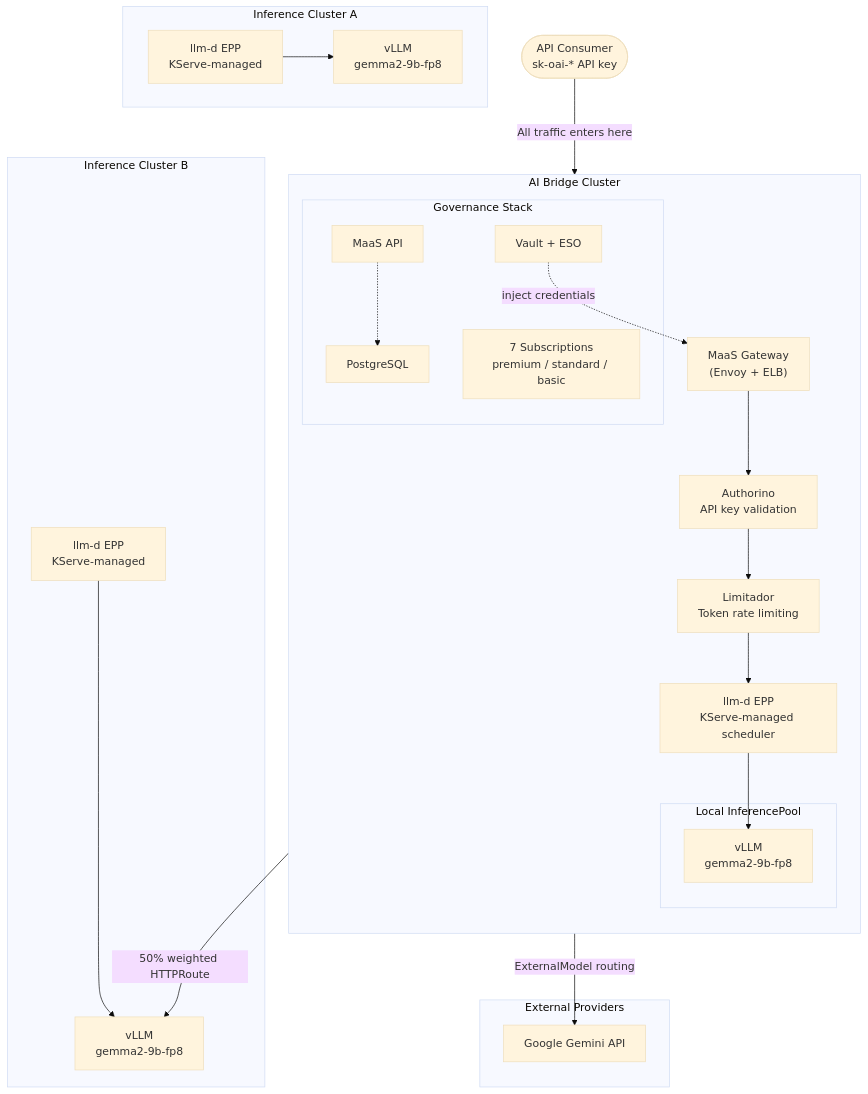
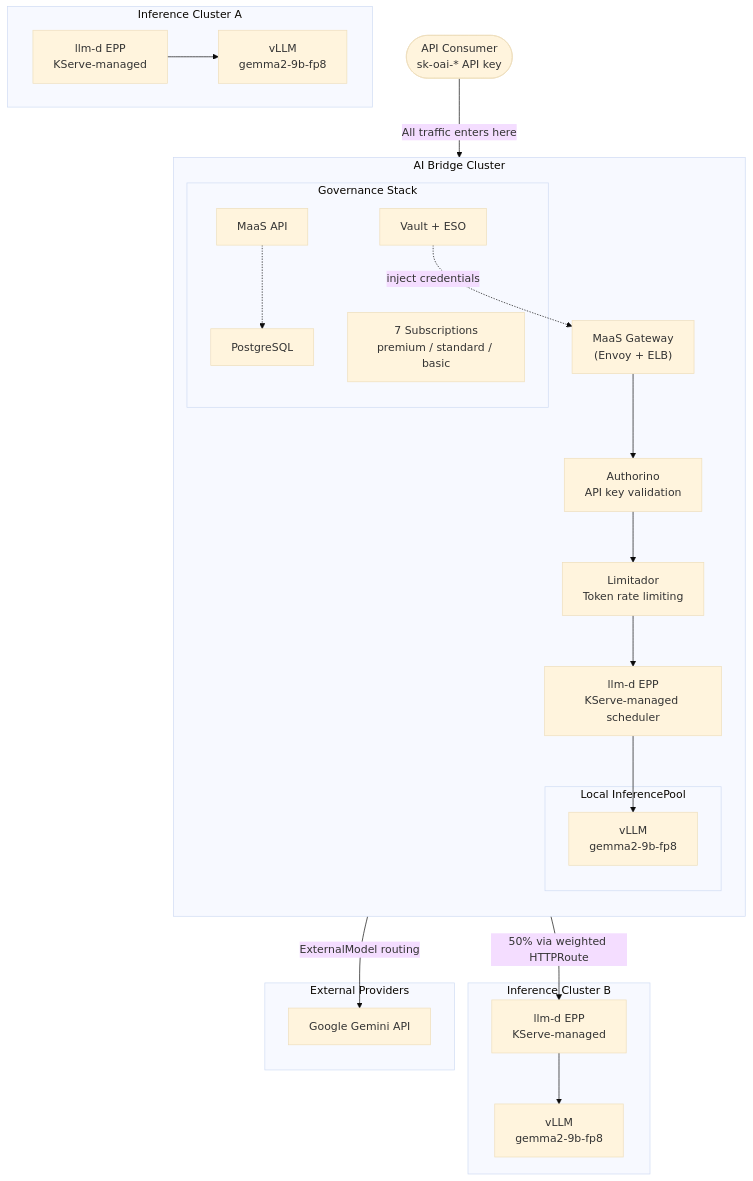
One commit to rrbanda/maas-demo changed the first of 2 diagrams in docs/customer2-demo-narrative.md. Above: the diagram before and after it, drawn with Mermaid (base theme). The commit also changed other lines of this file, not shown here.

First line of the commit message:
Clarify two-level routing in demo narrative (HTTPRoute vs llm-d)

````diff
--- a/docs/customer2-demo-narrative.md
+++ b/docs/customer2-demo-narrative.md
@@ -30,50 +30,50 @@
 ```mermaid
 flowchart TB
     Client(["API Consumer<br/>sk-oai-* API key"])
 
     subgraph bridge ["AI Bridge Cluster"]
         direction TB
         GW["MaaS Gateway<br/>(Envoy + ELB)"]
         Auth["Authorino<br/>API key validation"]
         Lim["Limitador<br/>Token rate limiting"]
         EPP_B["llm-d EPP<br/>KServe-managed scheduler"]
         
         subgraph govStack ["Governance Stack"]
             MaaSAPI["MaaS API"]
             PG["PostgreSQL"]
             Vault["Vault + ESO"]
             Subs["7 Subscriptions<br/>premium / standard / basic"]
         end
 
         subgraph localPool ["Local InferencePool"]
             vLLM_local["vLLM<br/>gemma2-9b-fp8"]
         end
 
         GW --> Auth
         Auth --> Lim
         Lim --> EPP_B
         EPP_B --> vLLM_local
         MaaSAPI -.-> PG
         Vault -.->|"inject credentials"| GW
     end
 
     subgraph clusterA ["Inference Cluster A"]
         EPP_A["llm-d EPP<br/>KServe-managed"]
         vLLM_A["vLLM<br/>gemma2-9b-fp8"]
         EPP_A --> vLLM_A
     end
 
     subgraph clusterB ["Inference Cluster B"]
         EPP_C["llm-d EPP<br/>KServe-managed"]
         vLLM_C["vLLM<br/>gemma2-9b-fp8"]
         EPP_C --> vLLM_C
     end
 
     subgraph external ["External Providers"]
         Gemini["Google Gemini API"]
     end
 
     Client -->|"All traffic enters here"| GW
-    GW -->|"50% weighted HTTPRoute"| vLLM_C
+    GW -->|"50% via weighted HTTPRoute"| EPP_C
     GW -->|"ExternalModel routing"| Gemini
 ```
````
